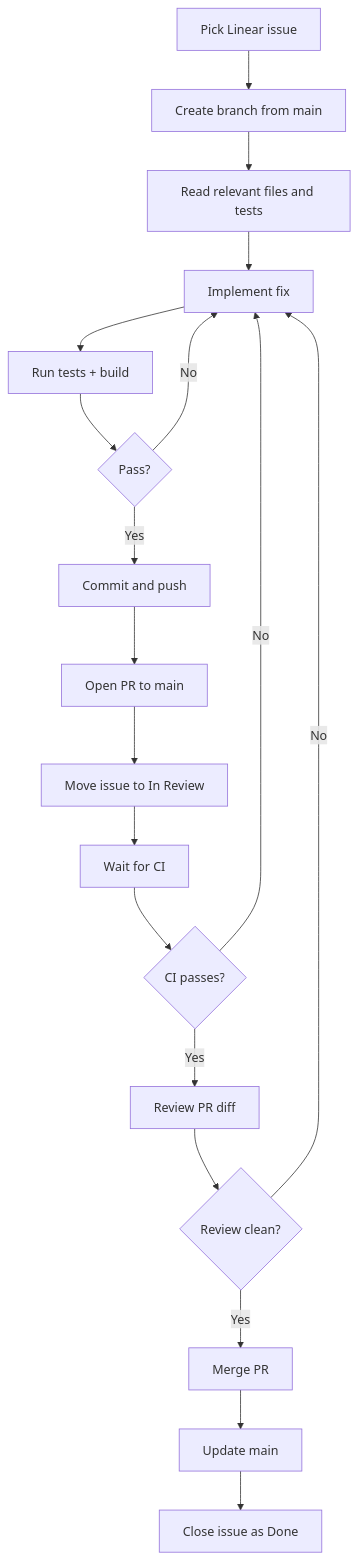
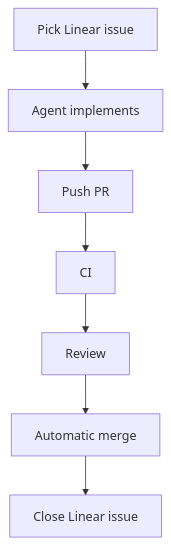
One commit to muhammad-hammad-sarwar/agent-driven-todo changed the diagram in README.md. Above: the diagram before and after it, drawn with Mermaid. The commit also changed other lines of this file, not shown here.

````diff
--- a/README.md
+++ b/README.md
@@ -7,21 +6,9 @@
 ```mermaid
 flowchart TD
-    A[Pick Linear issue] --> B[Create branch from main]
-    B --> C[Read relevant files and tests]
-    C --> D[Implement fix]
-    D --> E[Run tests + build]
-    E --> F{Pass?}
-    F -- No --> D
-    F -- Yes --> G[Commit and push]
-    G --> H[Open PR to main]
-    H --> I[Move issue to In Review]
-    I --> J[Wait for CI]
-    J --> K{CI passes?}
-    K -- No --> D
-    K -- Yes --> L[Review PR diff]
-    L --> M{Review clean?}
-    M -- No --> D
-    M -- Yes --> N[Merge PR]
-    N --> O[Update main]
-    O --> P[Close issue as Done]
+    A[Pick Linear issue] --> B[Agent implements]
+    B --> C[Push PR]
+    C --> D[CI]
+    D --> E[Review]
+    E --> F[Automatic merge]
+    F --> G[Close Linear issue]
 ```
````
